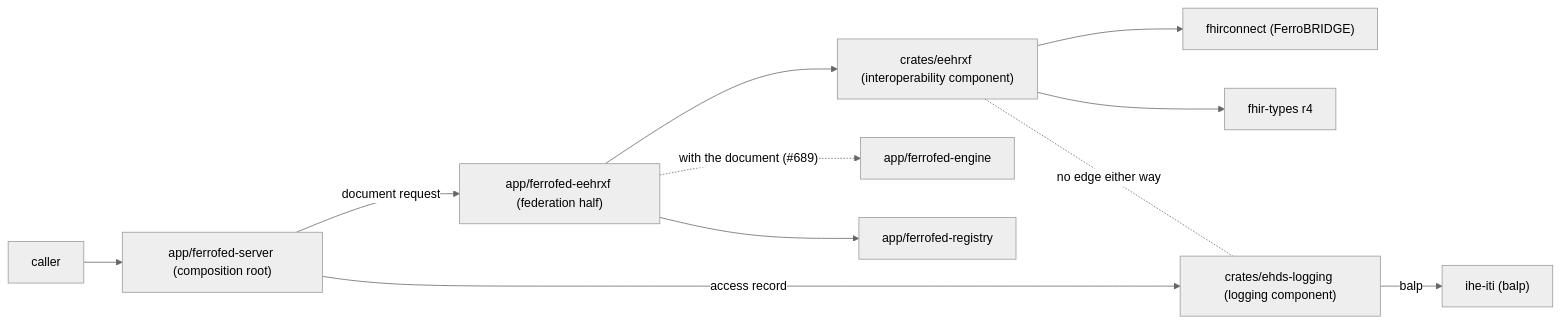
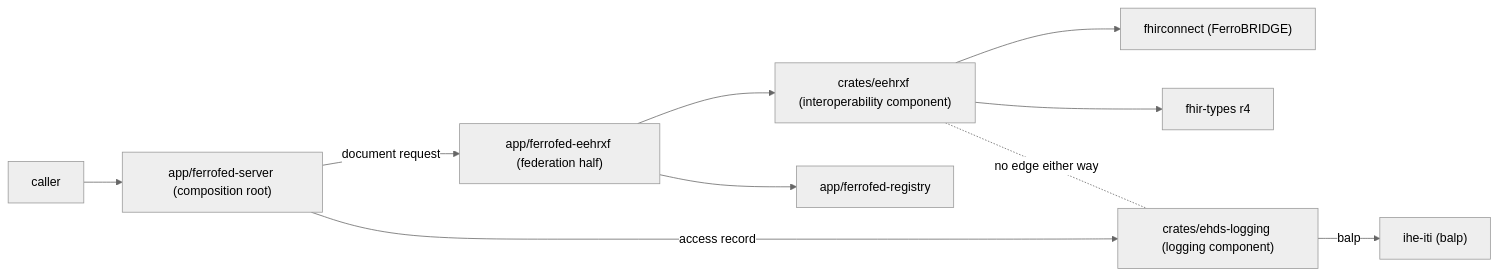
One commit to FerroHEALTH/FerroFED changed the fourth of 5 diagrams in docs/architecture.md. Above: the diagram before and after it, drawn with Mermaid (neutral theme). The commit also changed other lines of this file and 60 other files, not shown here.

````diff
--- a/docs/architecture.md
+++ b/docs/architecture.md
@@ -2213,13 +2213,12 @@
 ```mermaid
 flowchart LR
     caller["caller"] --> server["app/ferrofed-server (composition root)"]
     server -- "document request" --> glue["app/ferrofed-eehrxf (federation half)"]
     glue --> eehrxf["crates/eehrxf (interoperability component)"]
-    glue -. "with the document (#689)" .-> engine["app/ferrofed-engine"]
     glue --> registry["app/ferrofed-registry"]
     eehrxf --> fhirconnect["fhirconnect (FerroBRIDGE)"]
     eehrxf --> fhir["fhir-types r4"]
     server -- "access record" --> logging["crates/ehds-logging (logging component)"]
     logging -- balp --> iti["ihe-iti (balp)"]
     eehrxf -.- |"no edge either way"| logging
 ```
````
